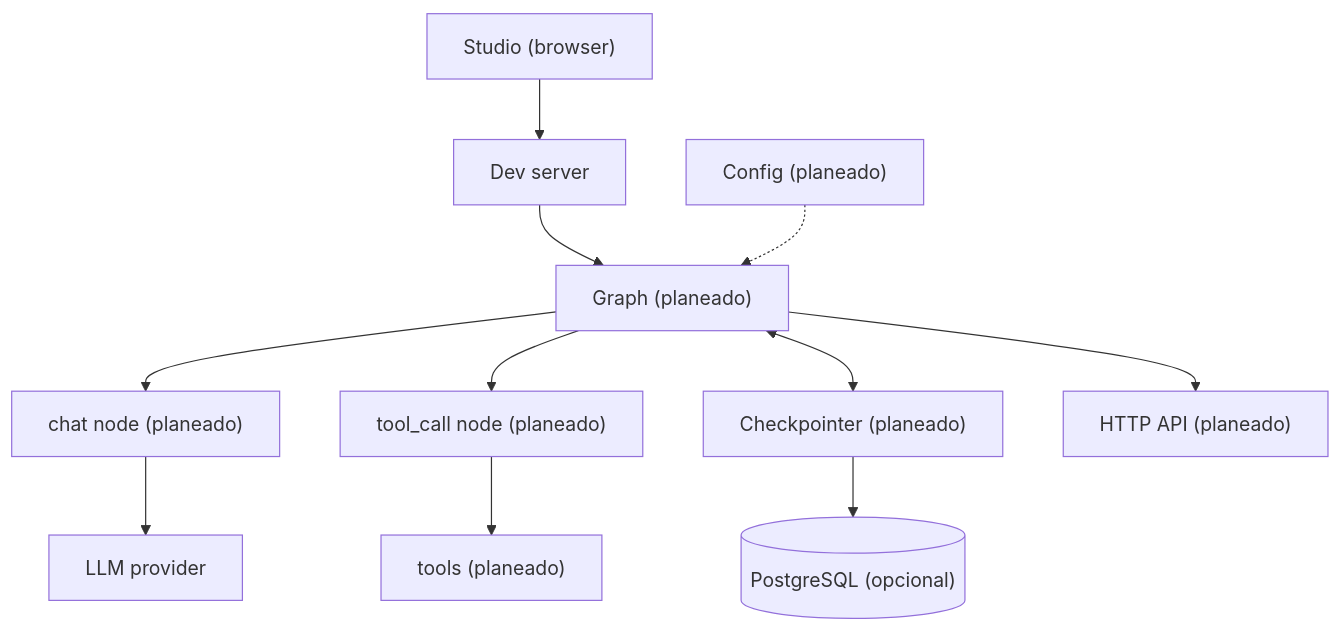
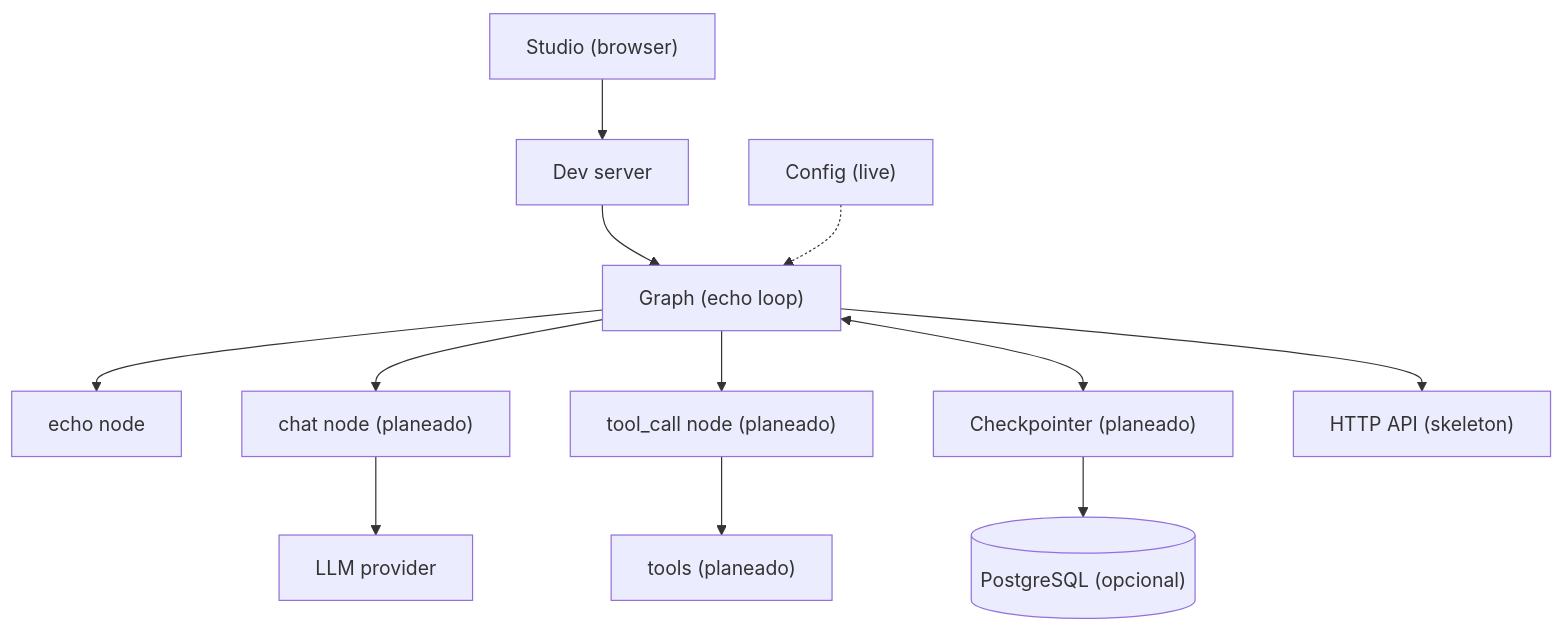
One commit to dinoesau/langgraph-template changed the first of 2 diagrams in docs/architecture.md. Above: the diagram before and after it, drawn with Mermaid. The commit also changed other lines of this file and 21 other files, not shown here.

First line of the commit message:
feat: land echo loop plus HTTP skeleton with typed settings

````diff
--- a/docs/architecture.md
+++ b/docs/architecture.md
@@ -9,13 +9,14 @@
 ```mermaid
 graph TB
     Studio["Studio (browser)"] --> Dev["Dev server"]
-    Dev --> Graph["Graph (planeado)"]
+    Dev --> Graph["Graph (echo loop)"]
+    Graph --> Echo["echo node"]
     Graph --> Chat["chat node (planeado)"]
     Graph --> ToolCall["tool_call node (planeado)"]
     Chat --> LLM["LLM provider"]
     ToolCall --> Tools["tools (planeado)"]
     Graph <--> Ckpt["Checkpointer (planeado)"]
     Ckpt --> PG[("PostgreSQL (opcional)")]
-    Graph --> API["HTTP API (planeado)"]
-    Cfg["Config (planeado)"] -.-> Graph
+    Graph --> API["HTTP API (skeleton)"]
+    Cfg["Config (live)"] -.-> Graph
 ```
````
